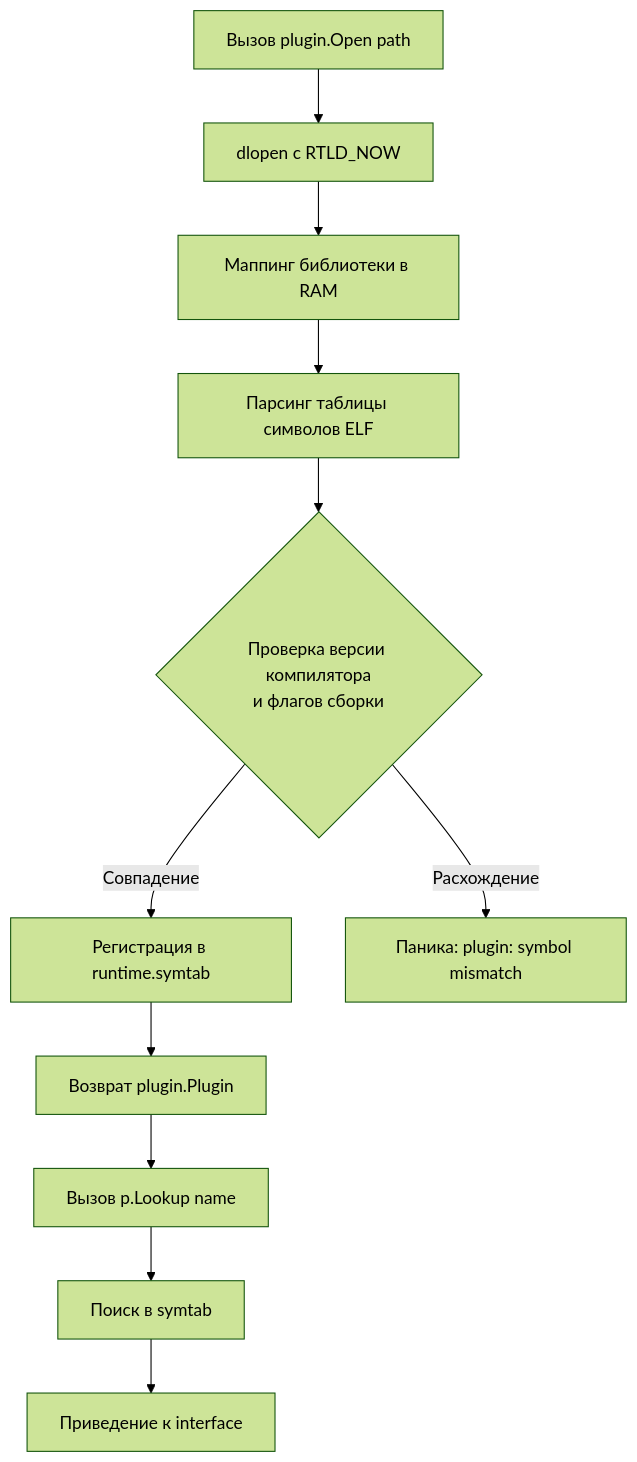
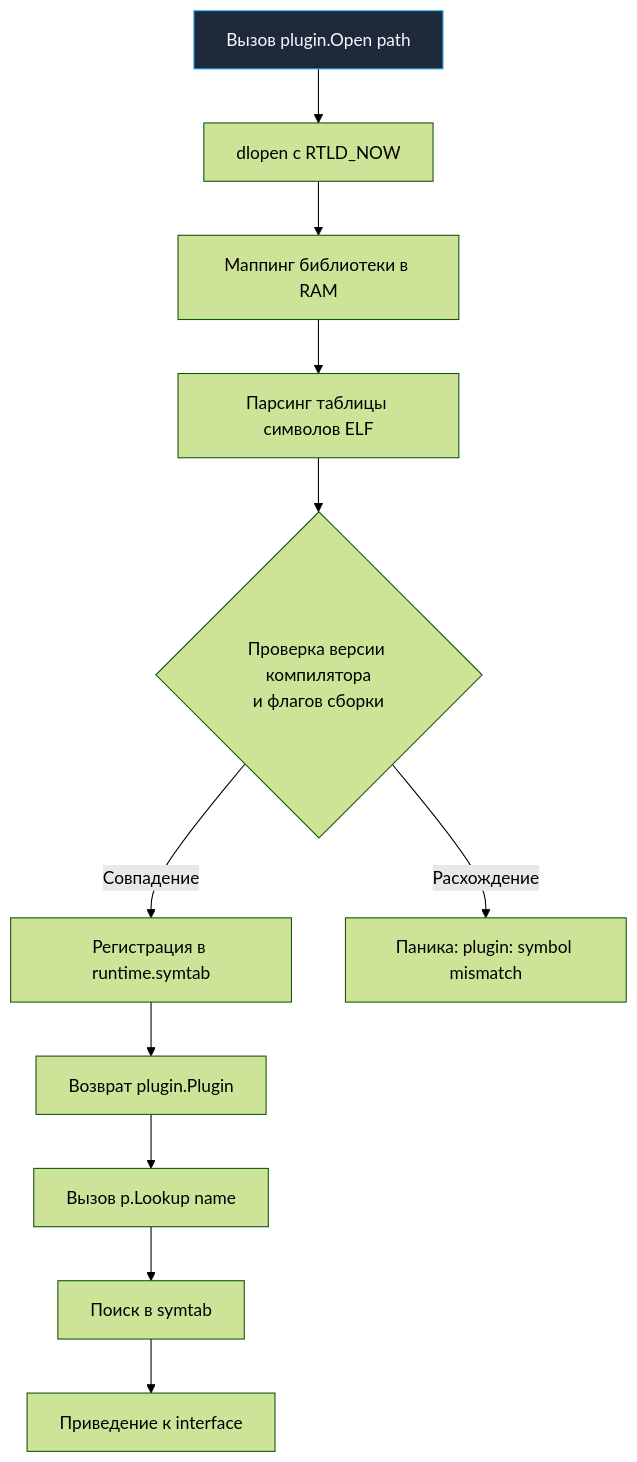
Before and after one commit to UnrealTemplier/go-textbook: the first of 2 diagrams in sources/6. Стандартная библиотека Go/47. plugin. Динамическая загрузка модулей.md, drawn with Mermaid (forest theme). The commit also changed other lines of this file and 1666 other files, not shown here.

First line of the commit message:
feat(mermaid): add semantic color classDef to 1369 colorless flowchart/graph diagrams

````diff
--- a/sources/6. Стандартная библиотека Go/47. plugin. Динамическая загрузка модулей.md
+++ b/sources/6. Стандартная библиотека Go/47. plugin. Динамическая загрузка модулей.md
@@ -74,13 +74,23 @@
 ```mermaid
 flowchart TD
-    A["Вызов plugin.Open path"] --> B["dlopen с RTLD_NOW"]
+    classDef process  fill:#1e293b,stroke:#38bdf8,stroke-width:1px,color:#f8fafc
+    classDef success  fill:#064e3b,stroke:#34d399,stroke-width:1px,color:#f8fafc
+    classDef error    fill:#7f1d1d,stroke:#f87171,stroke-width:1px,color:#f8fafc
+    classDef warning  fill:#78350f,stroke:#fbbf24,stroke-width:1px,color:#f8fafc
+    classDef entry    fill:#1e3a5f,stroke:#38bdf8,stroke-width:2px,color:#f8fafc
+    classDef aux      fill:#334155,stroke:#64748b,stroke-width:1px,color:#f8fafc
+    classDef system   fill:#312e81,stroke:#a78bfa,stroke-width:1px,color:#f8fafc
+    classDef data     fill:#132d29,stroke:#2dd4bf,stroke-width:1px,color:#f8fafc
+    classDef network  fill:#881337,stroke:#fb7185,stroke-width:1px,color:#f8fafc
+    classDef accent   fill:#1e1b4b,stroke:#818cf8,stroke-width:1px,color:#f8fafc
+    A["Вызов plugin.Open path"]:::process --> B["dlopen с RTLD_NOW"]
     B --> C["Маппинг библиотеки в RAM"]
     C --> D["Парсинг таблицы символов ELF"]
     D --> E{"Проверка версии компилятора<br>и флагов сборки"}
     E -->|Совпадение| F["Регистрация в runtime.symtab"]
     E -->|Расхождение| G["Паника: plugin: symbol mismatch"]
     F --> H["Возврат plugin.Plugin"]
     H --> I["Вызов p.Lookup name"]
     I --> J["Поиск в symtab"]
     J --> K["Приведение к interface"]
 ```
````
